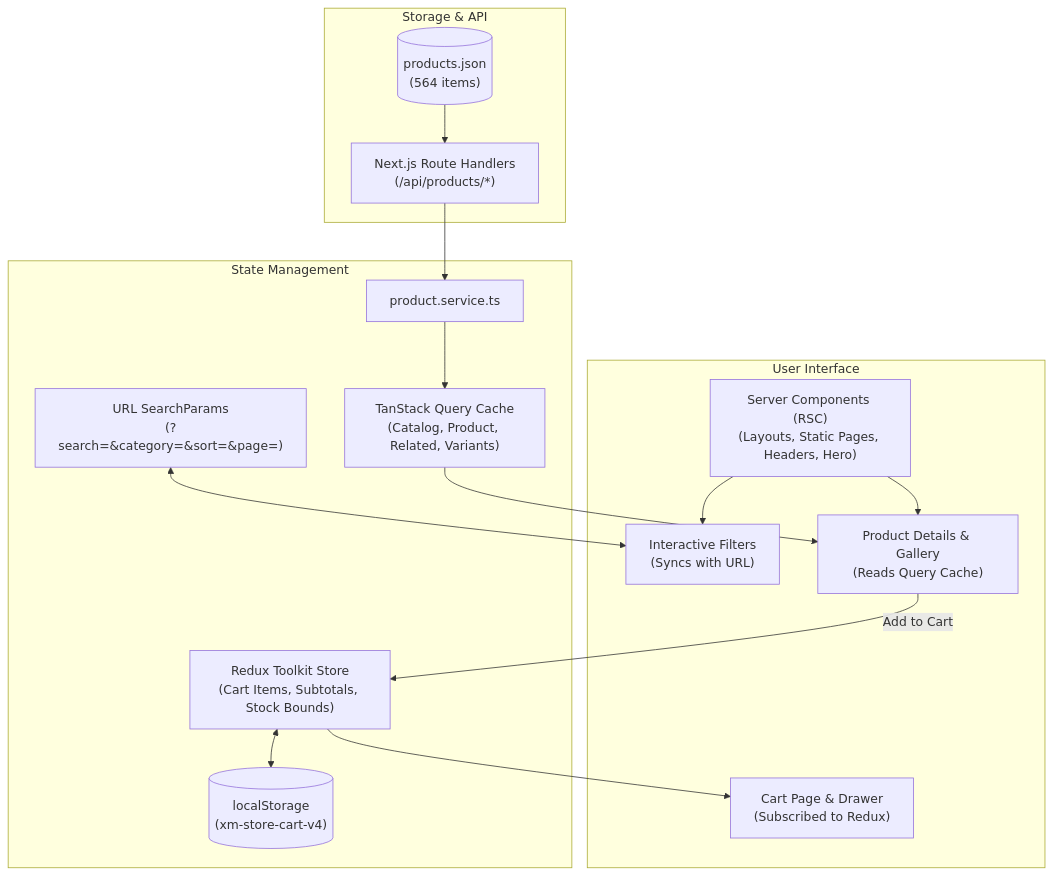
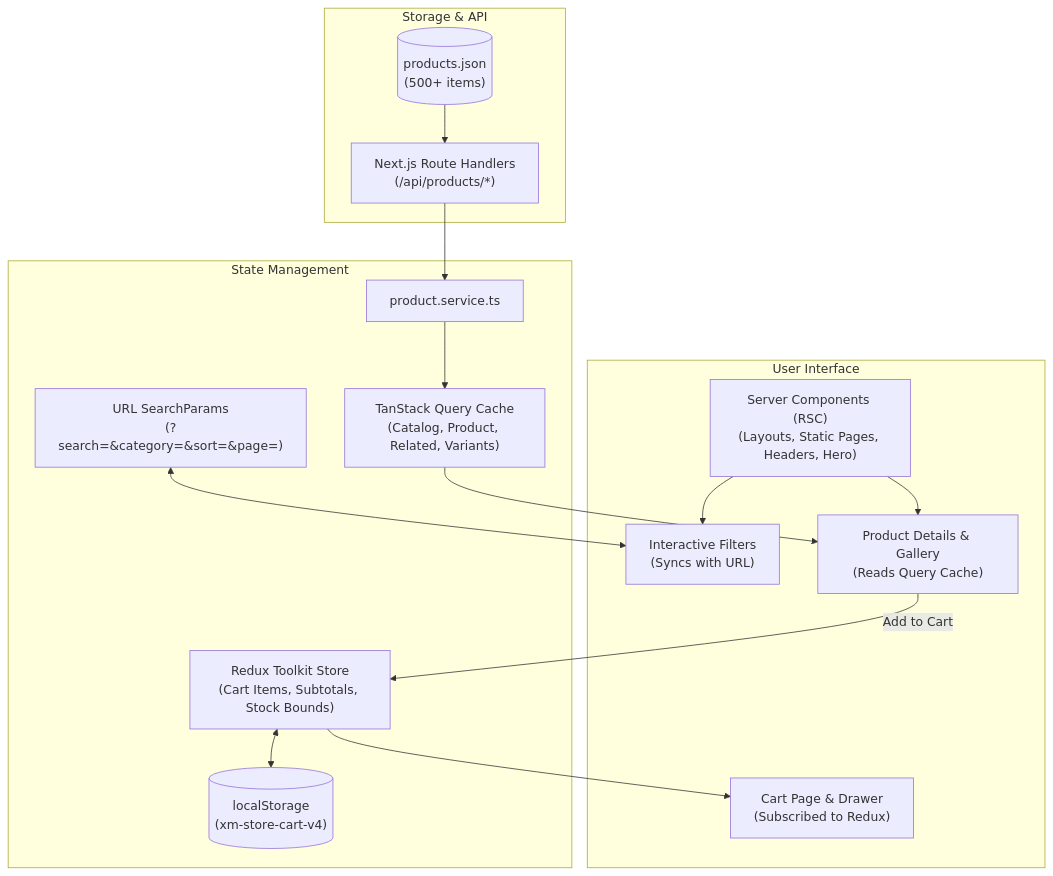
One commit to MDShakibul/easycart-ecommerce changed the diagram in README.md. Above: the diagram before and after it, drawn with Mermaid.

Commit message:
Final Push

````diff
--- a/README.md
+++ b/README.md
@@ -121,34 +121,34 @@
 ```mermaid
 graph TD
     subgraph Storage & API
-        JSON[("products.json<br/>(564 items)")]
+        JSON[("products.json<br/>(500+ items)")]
         API["Next.js Route Handlers<br/>(/api/products/*)"]
         JSON --> API
     end
 
     subgraph State Management
         Service["product.service.ts"]
         Query["TanStack Query Cache<br/>(Catalog, Product, Related, Variants)"]
         Redux["Redux Toolkit Store<br/>(Cart Items, Subtotals, Stock Bounds)"]
         Local[("localStorage<br/>(xm-store-cart-v4)")]
         URL["URL SearchParams<br/>(?search=&category=&sort=&page=)"]
 
         API --> Service
         Service --> Query
         Redux <--> Local
     end
 
     subgraph User Interface
         RSC["Server Components (RSC)<br/>(Layouts, Static Pages, Headers, Hero)"]
         Filters["Interactive Filters<br/>(Syncs with URL)"]
         Details["Product Details & Gallery<br/>(Reads Query Cache)"]
         CartUI["Cart Page & Drawer<br/>(Subscribed to Redux)"]
 
         RSC --> Filters
         RSC --> Details
         URL <--> Filters
         Query --> Details
         Details -->|Add to Cart| Redux
         Redux --> CartUI
     end
 ```
````
